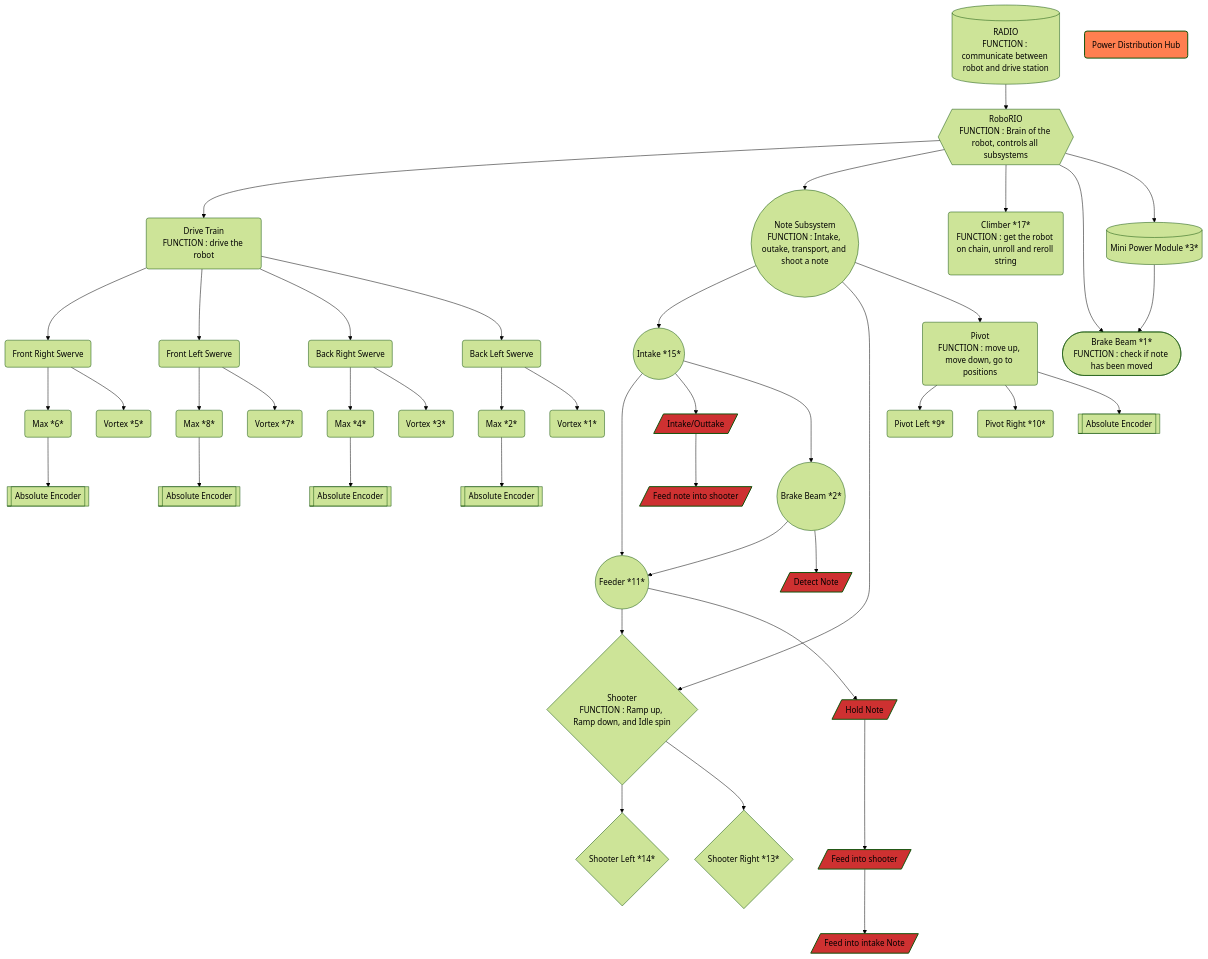
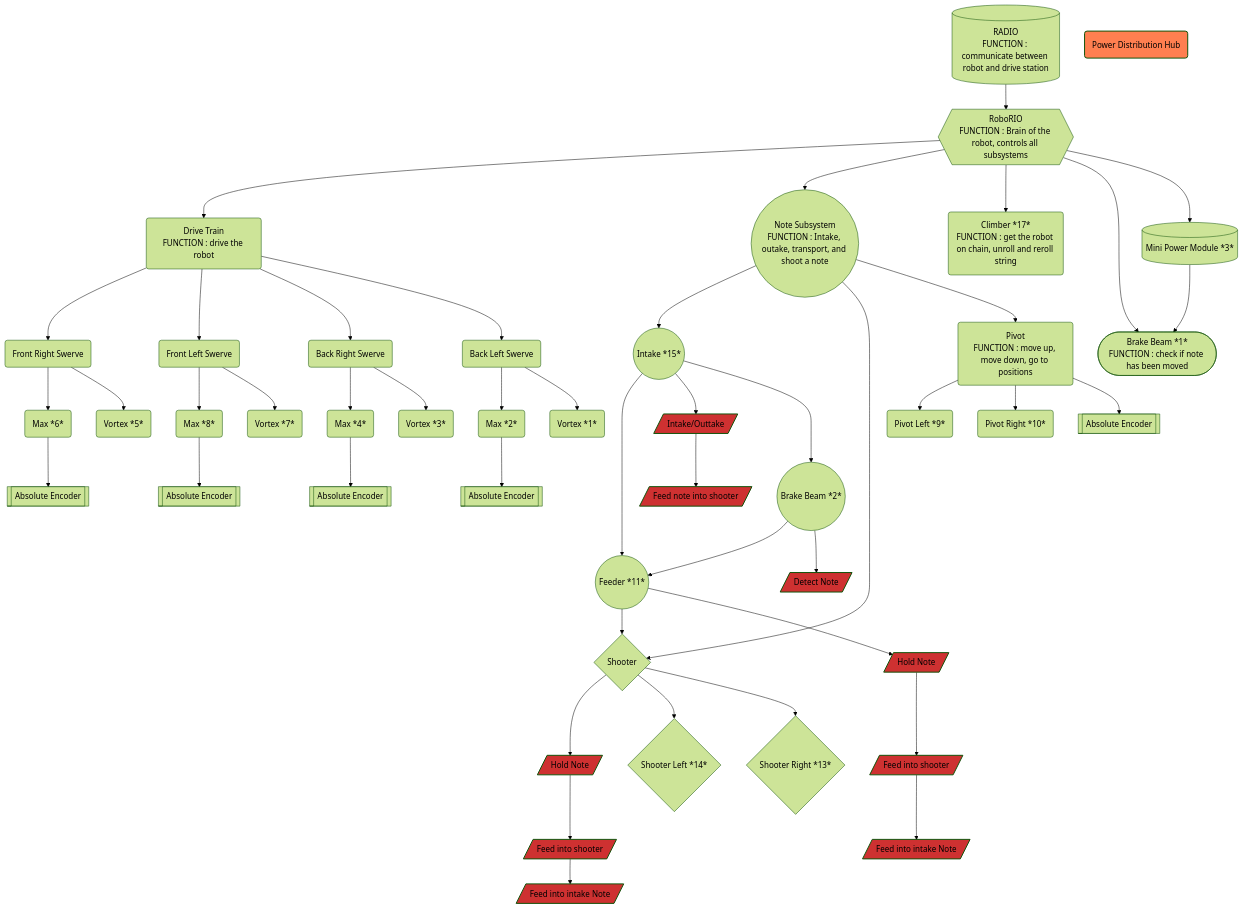
The diagram in tony_graphs.md (richardson-area-wide-robotics/Frc24-Crescendo-1745-OffSeason-AdvantageKit), drawn with Mermaid (forest theme) before and after one commit.

````diff
--- a/tony_graphs.md
+++ b/tony_graphs.md
@@ -1,63 +1,66 @@
 ```mermaid
 graph TD;
     RoboRIO{{RoboRIO
 FUNCTION : Brain of the robot, controls all subsystems}}-->DriveTrain;
     DriveTrain(Drive Train
 FUNCTION : drive the robot );
     RoboRIO-->NoteSubsystem((Note Subsystem
 FUNCTION : Intake, outake, transport, and shoot a note));
     NoteSubsystem-->IntakeSystem((Intake *15*));
-    NoteSubsystem-->ShooterSystem{Shooter
-FUNCTION : Ramp up, Ramp down, and Idle spin};
+    NoteSubsystem-->ShooterSystem{Shooter};
+    ShooterSystem-->FUNCSHOOTER;
     ShooterSystem-->ShooterLeft{Shooter Left *14*};
     ShooterSystem-->ShooterRight{Shooter Right *13*};
     RoboRIO-->ClimberSystem(Climber *17*
 FUNCTION : get the robot on chain, unroll and reroll string);
     IntakeSystem-->FeederSystem((Feeder *11*))-->ShooterSystem;
 FeederSystem -->FUNCFEEDER;
 IntakeSystem-->FUNCINTAKE1;
     NoteSubsystem-->PivotSystem(Pivot
 FUNCTION : move up, move down, go to positions);
     PivotSystem-->PivotLeft(Pivot Left *9*);
     PivotSystem-->PivotRight(Pivot Right *10*);
     DriveTrain-->FrontRightSwerve(Front Right Swerve);
     DriveTrain-->FrontLeftSwerve(Front Left Swerve);
     DriveTrain-->BackRightSwerve(Back Right Swerve);
     DriveTrain-->BackLeftSwerve(Back Left Swerve);
     FrontRightSwerve-->MaxFR(Max *6*);
     FrontLeftSwerve-->MaxFL(Max *8*);
     BackRightSwerve-->MaxBR(Max *4*);
     BackLeftSwerve-->MaxBL(Max *2*);
     FrontRightSwerve-->VortexFR(Vortex *5*);
     FrontLeftSwerve-->VortexFL(Vortex *7*);
     BackRightSwerve-->VortexBR(Vortex *3*);
     BackLeftSwerve-->VortexBL(Vortex *1*);
     MaxFR-->EncoderFR[[Absolute Encoder]];
     MaxFL-->EncoderFL[[Absolute Encoder]];
     MaxBR-->EncoderBR[[Absolute Encoder]];
     MaxBL-->EncoderBL[[Absolute Encoder]];
     PivotSystem-->PivotEncoder[[Absolute Encoder]];
     IntakeSystem--->BrakeBeamNote((Brake Beam *2*))-->FeederSystem;
     BrakeBeamNote-->FUNCBREAKBEAM;
     RoboRIO-->ShooterBrakeBeam([Brake Beam *1*
 FUNCTION : check if note has been moved]);
     RoboRIO-->MiniPowerModule[(Mini Power Module *3*)]-->ShooterBrakeBeam;
     RADIO[(RADIO
 FUNCTION : communicate between robot and drive station)]-->RoboRIO;
 FUNCINTAKE1[/Intake/Outtake/]-->FUNCINTAKE2;
     FUNCINTAKE2[/Feed note into shooter/];
 FUNCBREAKBEAM[/Detect Note/];
 FUNCFEEDER[/Hold Note/] -->FUNCFEEDER2;
     FUNCFEEDER2[/Feed into shooter/] --> FUNCFEEDER3;
     FUNCFEEDER3[/Feed into intake Note/];
+FUNCSHOOTER[/Hold Note/] -->FUNCSHOOTER2;
+    FUNCSHOOTER2[/Feed into shooter/] --> FUNCSHOOTER3;
+    FUNCSHOOTER3[/Feed into intake Note/];
 
 PDH(Power Distribution Hub)
 
 classDef fuctionStyle fill:#ce3131,stroke-width:2px,color:#000;
-    class FUNCINTAKE1,FUNCINTAKE2,FUNCINTAKE3,FUNCBREAKBEAM,FUNCFEEDER,FUNCFEEDER2,FUNCFEEDER3 fuctionStyle;
+    class FUNCINTAKE1,FUNCINTAKE2,FUNCINTAKE3,FUNCBREAKBEAM,FUNCFEEDER,FUNCFEEDER2,FUNCFEEDER3,FUNCSHOOTER,FUNCSHOOTER2,FUNCSHOOTER3 fuctionStyle;
 
 classDef powerStyle fill:#ff7f50,stroke-width:2px,color:#000;
     class PDH powerStyle;
 
 
 ```
````
